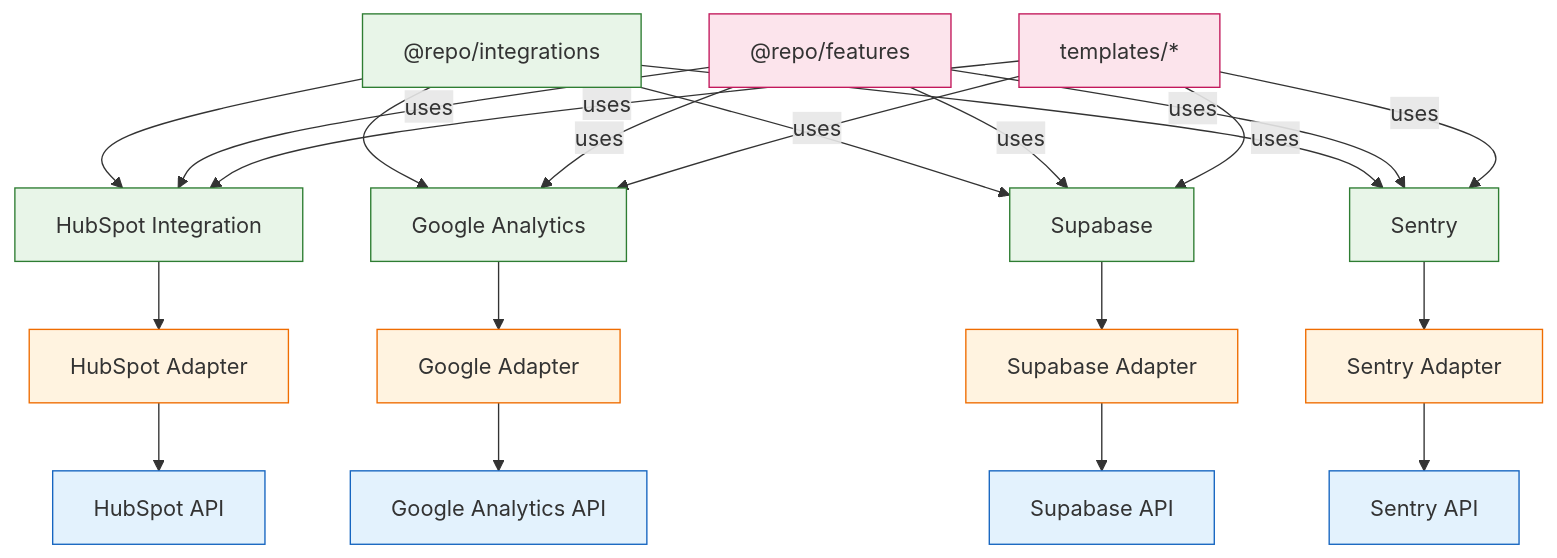
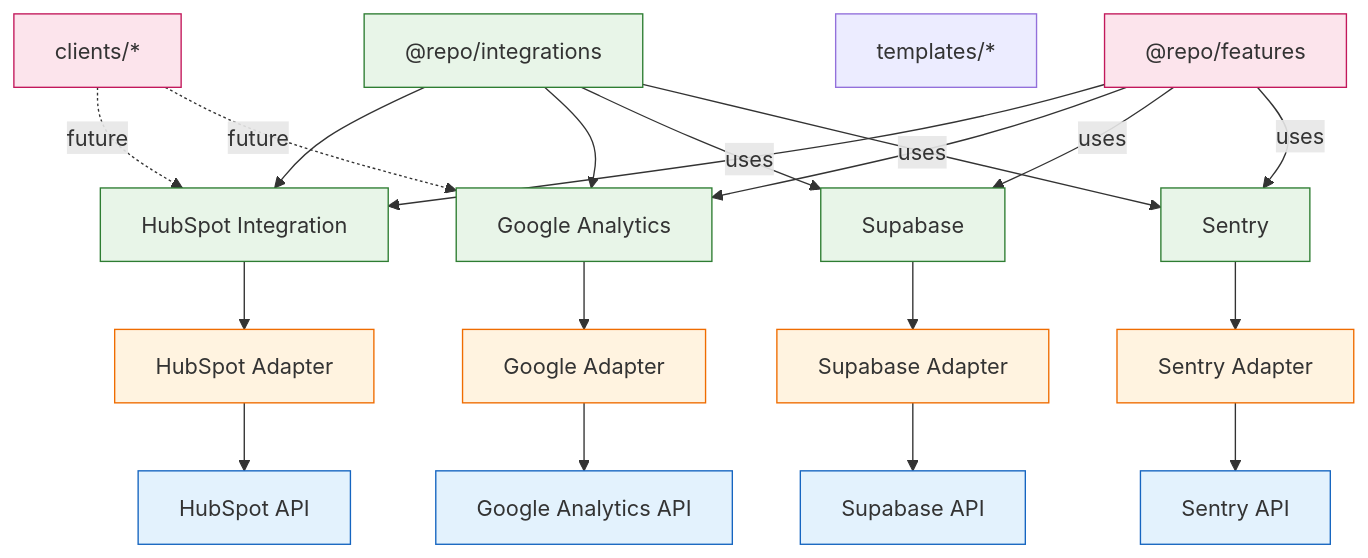
Before and after one commit to TrevorPLam/websites: diagram 11 of 14 in docs/architecture/dependency-graph.md, drawn with Mermaid. The commit also changed other lines of this file and 279 other files, not shown here.

````diff
--- a/docs/architecture/dependency-graph.md
+++ b/docs/architecture/dependency-graph.md
@@ -628,64 +601,63 @@
 ```mermaid
 graph TD
     %% Core Integration Package
     Integrations["@repo/integrations"]
     
     %% Specific Integrations
     HubSpot["HubSpot Integration"]
     Google["Google Analytics"]
     Supabase["Supabase"]
     Sentry["Sentry"]
     
     %% Integration Adapters
     HubSpotAdapter["HubSpot Adapter"]
     GoogleAdapter["Google Adapter"]
     SupabaseAdapter["Supabase Adapter"]
     SentryAdapter["Sentry Adapter"]
     
     %% External Services
     HubSpotAPI["HubSpot API"]
     GoogleAPI["Google Analytics API"]
     SupabaseAPI["Supabase API"]
     SentryAPI["Sentry API"]
     
     %% Usage in Features
     Features["@repo/features"]
     Templates["templates/*"]
     
     %% Connections
     Integrations --> HubSpot
     Integrations --> Google
     Integrations --> Supabase
     Integrations --> Sentry
     
     HubSpot --> HubSpotAdapter
     Google --> GoogleAdapter
     Supabase --> SupabaseAdapter
     Sentry --> SentryAdapter
     
     HubSpotAdapter --> HubSpotAPI
     GoogleAdapter --> GoogleAPI
     SupabaseAdapter --> SupabaseAPI
     SentryAdapter --> SentryAPI
     
     Features --> |"uses"| HubSpot
     Features --> |"uses"| Google
     Features --> |"uses"| Supabase
     Features --> |"uses"| Sentry
     
-    Templates --> |"uses"| HubSpot
-    Templates --> |"uses"| Google
-    Templates --> |"uses"| Supabase
-    Templates --> |"uses"| Sentry
+    %% Note: No client currently imports integrations directly; they are scaffolded
+    Clients["clients/*"] -.-> |"future"| HubSpot
+    Clients -.-> |"future"| Google
     
     %% Styling
     classDef integration fill:#e8f5e8,stroke:#2e7d32
     classDef adapter fill:#fff3e0,stroke:#ef6c00
     classDef external fill:#e3f2fd,stroke:#1565c0
     classDef consumer fill:#fce4ec,stroke:#c2185b
     
     class Integrations,HubSpot,Google,Supabase,Sentry integration
     class HubSpotAdapter,GoogleAdapter,SupabaseAdapter,SentryAdapter adapter
     class HubSpotAPI,GoogleAPI,SupabaseAPI,SentryAPI external
-    class Features,Templates consumer
+    class Features,Clients consumer
 ```
````
